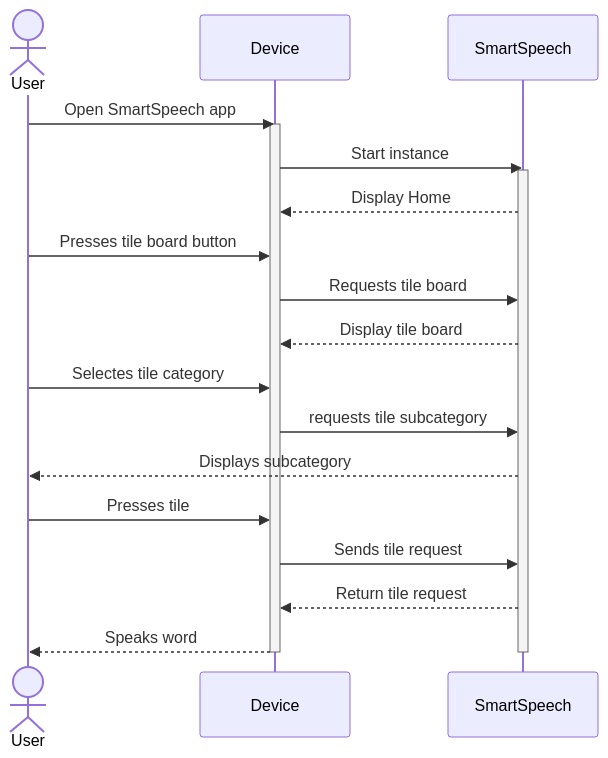
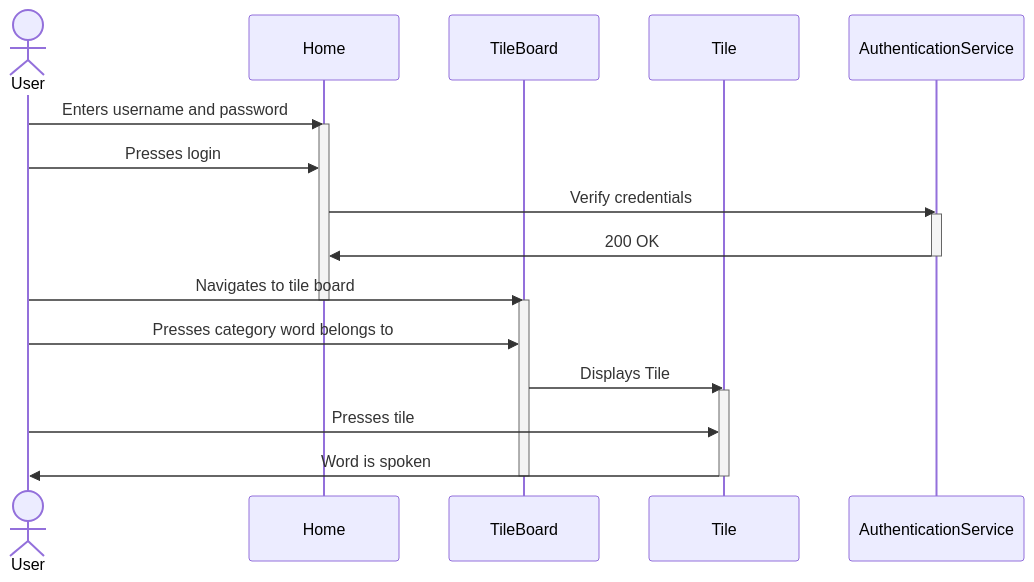
The fourth of 9 diagrams in documentation/docs/system-architecture/SequenceDiagrams.md (Capstone-Projects-2023-Fall/project-smartspeech), drawn with Mermaid before and after one commit. The commit also changed other lines of this file, not shown here.

Commit message:
Update sequence diagrams based on feedback

````diff
--- a/documentation/docs/system-architecture/SequenceDiagrams.md
+++ b/documentation/docs/system-architecture/SequenceDiagrams.md
@@ -173,30 +169,30 @@
 ```mermaid
 sequenceDiagram
     actor U as User
-    participant D as Device
-    participant S as SmartSpeech
+    participant H as Home
+    participant TB as TileBoard
+    participant T as Tile
+    participant A as AuthenticationService
 
-    U->>D: Open SmartSpeech app
-    activate D
-    D->>S: Start instance
-    activate S
-    S-->>D: Display Home
+    U->>H: Enters username and password
+    activate H
+
+    U->>H: Presses login
+    H->>A: Verify credentials
+    activate A
+    A->>H: 200 OK
+    deactivate A
+    U->>TB: Navigates to tile board
+    deactivate H
+    activate TB
     
-    U->>D: Presses tile board button
-    D->>S: Requests tile board
-    S-->>D: Display tile board
+    U->>TB: Presses category word belongs to
+    TB->>T: Displays Tile
+    activate T
+    
+    U->>T: Presses tile
+    T->>U: Word is spoken
+    deactivate T
 
-    U->>D: Selectes tile category
-    D->>S: requests tile subcategory
-    S-->>U: Displays subcategory
-    
-
-    
-    U->>D: Presses tile
-    D->>S: Sends tile request
-    S-->>D: Return tile request    
-    D-->>U: Speaks word
-
-    deactivate D
-    deactivate S
+    deactivate TB
 ```
````
